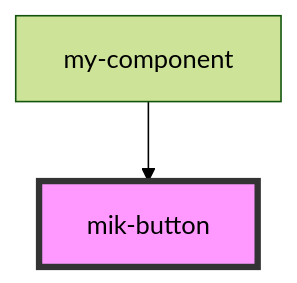
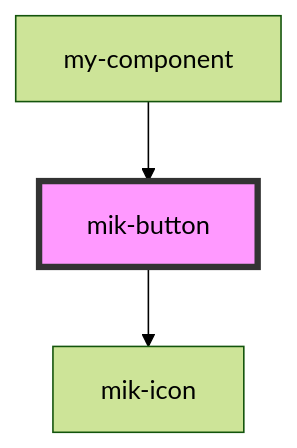
One commit to limbanmichael/mik-elements changed the diagram in src/components/mik-button/readme.md. Above: the diagram before and after it, drawn with Mermaid (forest theme). The commit also changed other lines of this file and 9 other files, not shown here.

````diff
--- a/src/components/mik-button/readme.md
+++ b/src/components/mik-button/readme.md
@@ -35,5 +46,6 @@
 ```mermaid
 graph TD;
+  mik-button --> mik-icon
   my-component --> mik-button
   style mik-button fill:#f9f,stroke:#333,stroke-width:4px
 ```
````
